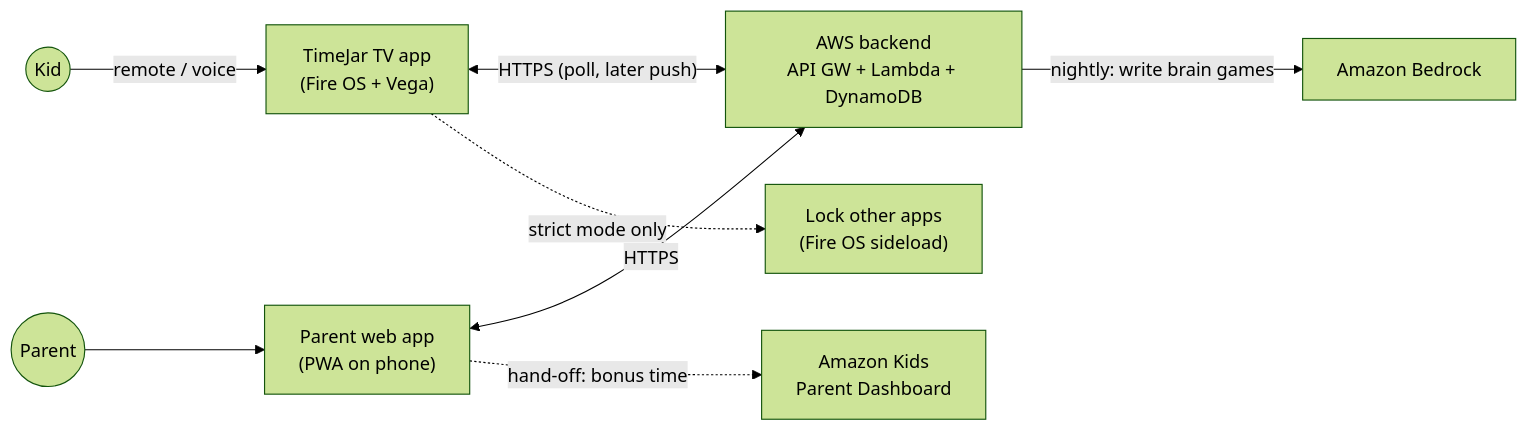
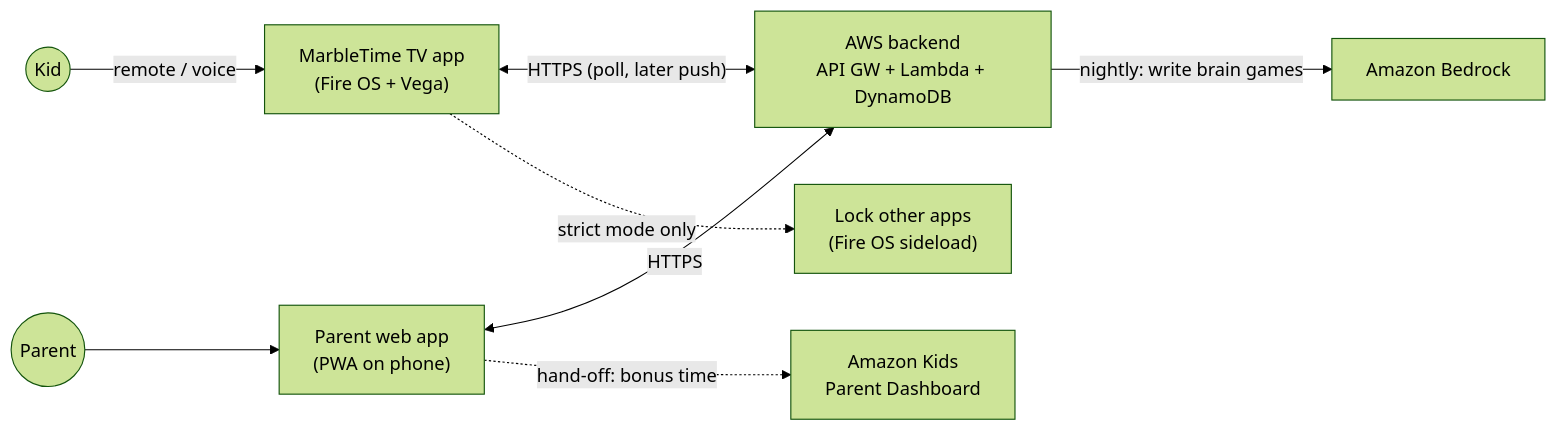
The first of 8 diagrams in docs/03-architecture.md (ksvslk/MarbleTime), drawn with Mermaid (forest theme) before and after one commit. The commit also changed other lines of this file and 61 other files, not shown here.

First line of the commit message:
M0 results + M1 first cut: MarbleTime runs on the Fire TV stick

````diff
--- a/docs/03-architecture.md
+++ b/docs/03-architecture.md
@@ -14,10 +14,10 @@
 ```mermaid
 flowchart LR
-  Kid((Kid)) -->|"remote / voice"| TV["TimeJar TV app<br/>(Fire OS + Vega)"]
+  Kid((Kid)) -->|"remote / voice"| TV["MarbleTime TV app<br/>(Fire OS + Vega)"]
   TV <-->|"HTTPS (poll, later push)"| API["AWS backend<br/>API GW + Lambda + DynamoDB"]
   Parent((Parent)) --> PWA["Parent web app<br/>(PWA on phone)"]
   PWA <-->|HTTPS| API
   API -->|"nightly: write brain games"| AI["Amazon Bedrock"]
   PWA -.->|"hand-off: bonus time"| AK["Amazon Kids<br/>Parent Dashboard"]
   TV -.->|"strict mode only"| Lock["Lock other apps<br/>(Fire OS sideload)"]
 ```
````
